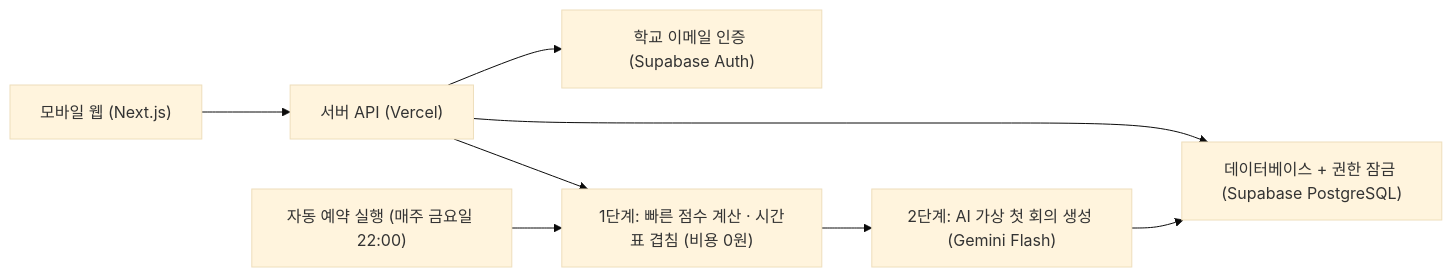
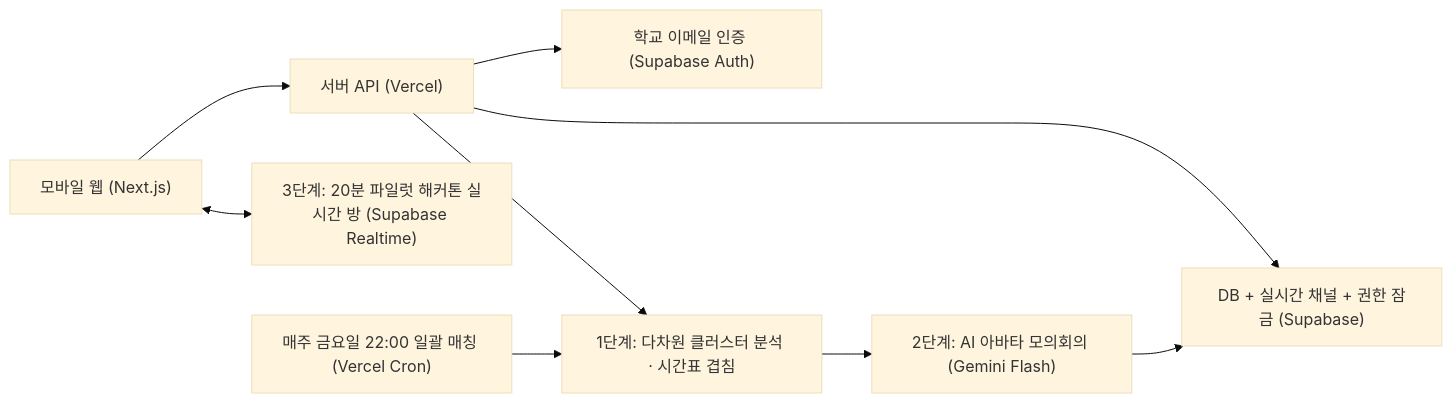
Before and after one commit to halieyyoon/yccthon_capybara: the diagram in docs/proposal/07-tech-archi.md, drawn with Mermaid (base theme). The commit also changed other lines of this file and 5 other files, not shown here.

````diff
--- a/docs/proposal/07-tech-archi.md
+++ b/docs/proposal/07-tech-archi.md
@@ -10,10 +10,11 @@
 ```mermaid
 flowchart LR
     U["모바일 웹 (Next.js)"] --> API["서버 API (Vercel)"]
     API --> AUTH["학교 이메일 인증 (Supabase Auth)"]
-    API --> DB["데이터베이스 + 권한 잠금 (Supabase PostgreSQL)"]
-    API --> S1["1단계: 빠른 점수 계산 · 시간표 겹침 (비용 0원)"]
-    S1 --> S2["2단계: AI 가상 첫 회의 생성 (Gemini Flash)"]
+    API --> DB["DB + 실시간 채널 + 권한 잠금 (Supabase)"]
+    API --> S1["1단계: 다차원 클러스터 분석 · 시간표 겹침"]
+    S1 --> S2["2단계: AI 아바타 모의회의 (Gemini Flash)"]
     S2 --> DB
-    CRON["자동 예약 실행 (매주 금요일 22:00)"] --> S1
+    U <--> RT["3단계: 20분 파일럿 해커톤 실시간 방 (Supabase Realtime)"]
+    CRON["매주 금요일 22:00 일괄 매칭 (Vercel Cron)"] --> S1
 ```
````
